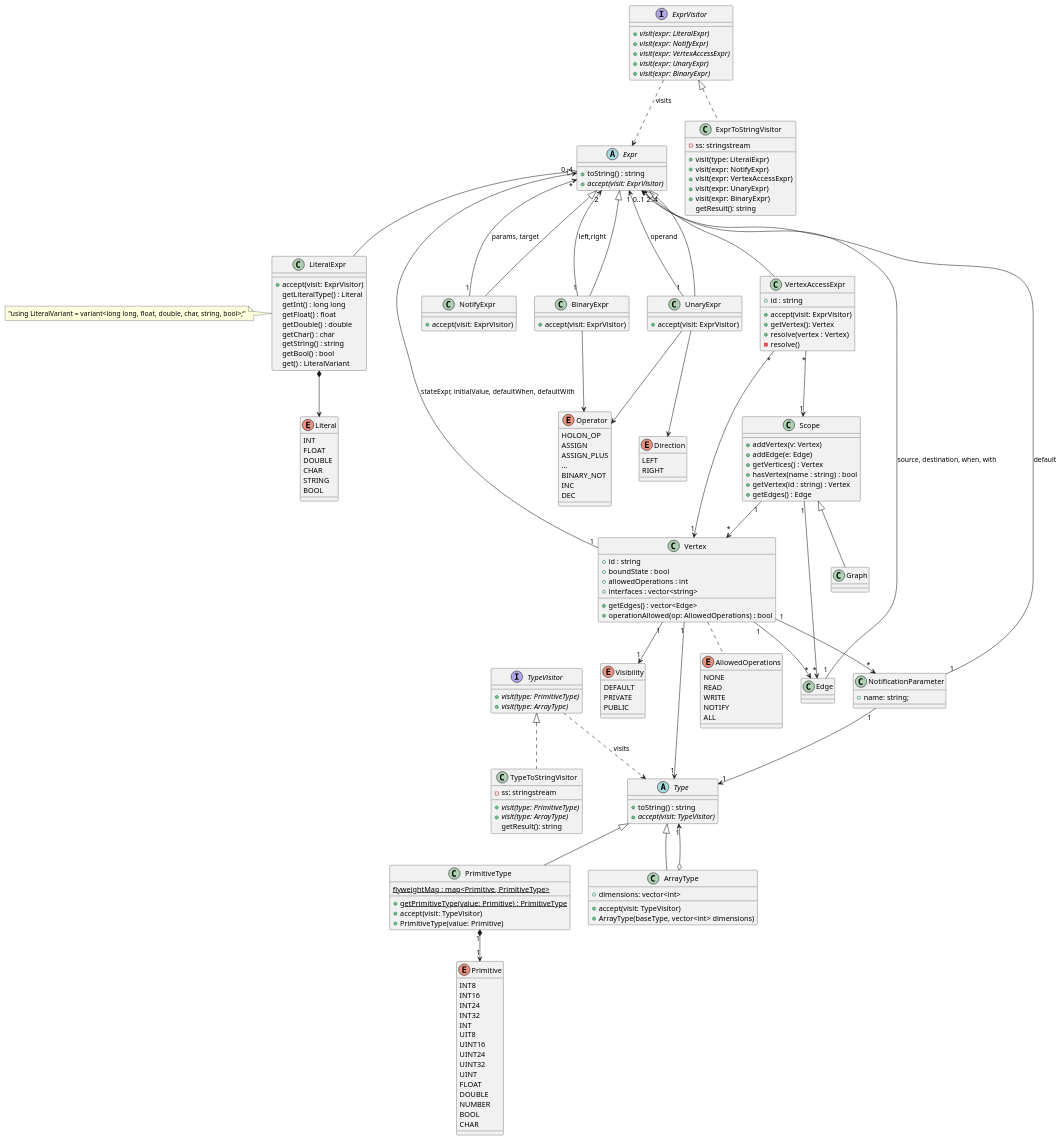
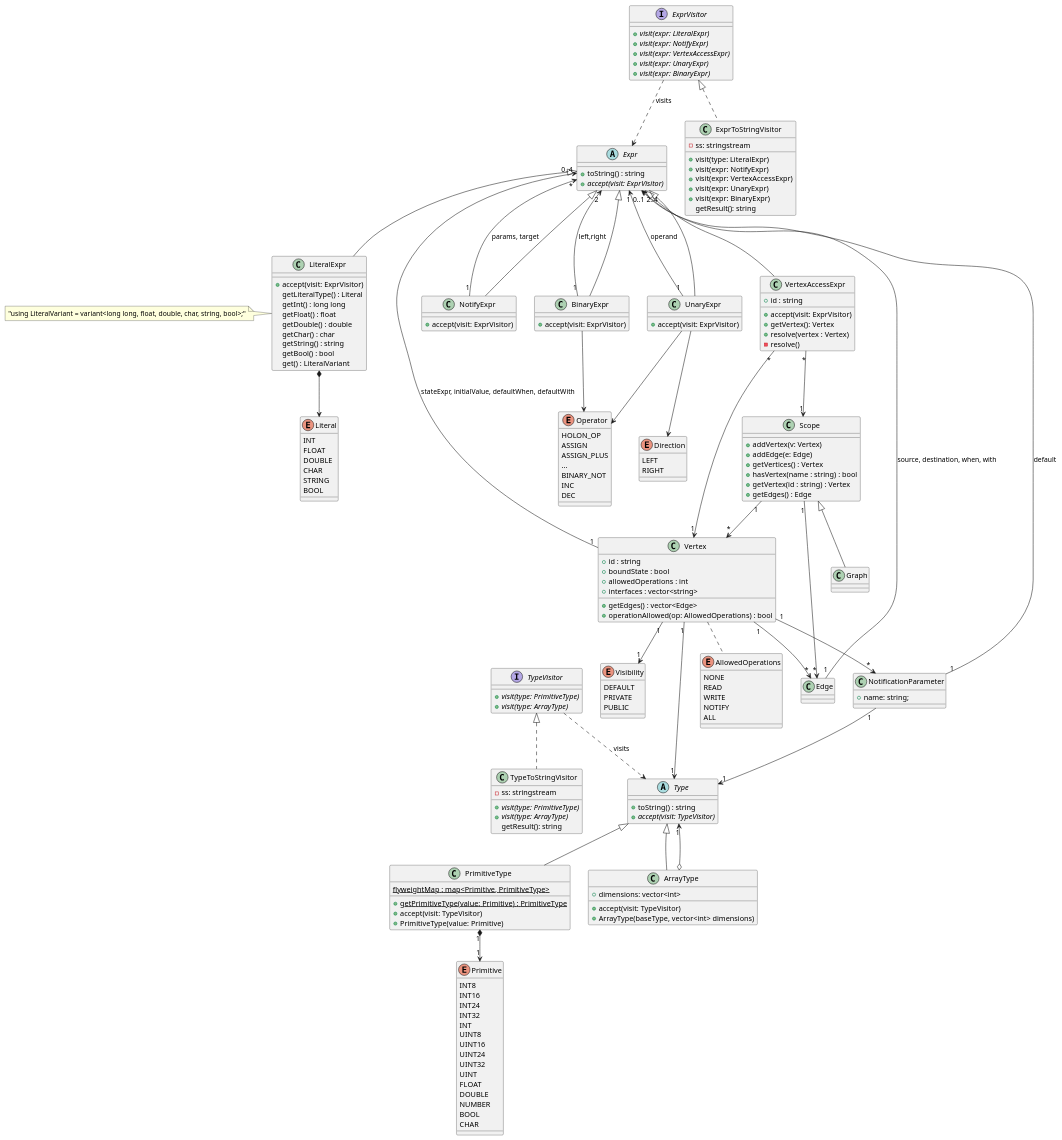
One commit to LucasEBSkora/Gnocchi changed the diagram in specification and models/ENGraphClassDiagram.puml. Above: the diagram before and after it, drawn with PlantUML. The commit also changed 23 other files, not shown here.

```diff
--- a/specification and models/ENGraphClassDiagram.puml
+++ b/specification and models/ENGraphClassDiagram.puml
@@ -20,7 +20,7 @@
   INT24
   INT32
   INT
-  UIT8
+  UINT8
   UINT16
   UINT24
   UINT32
```
